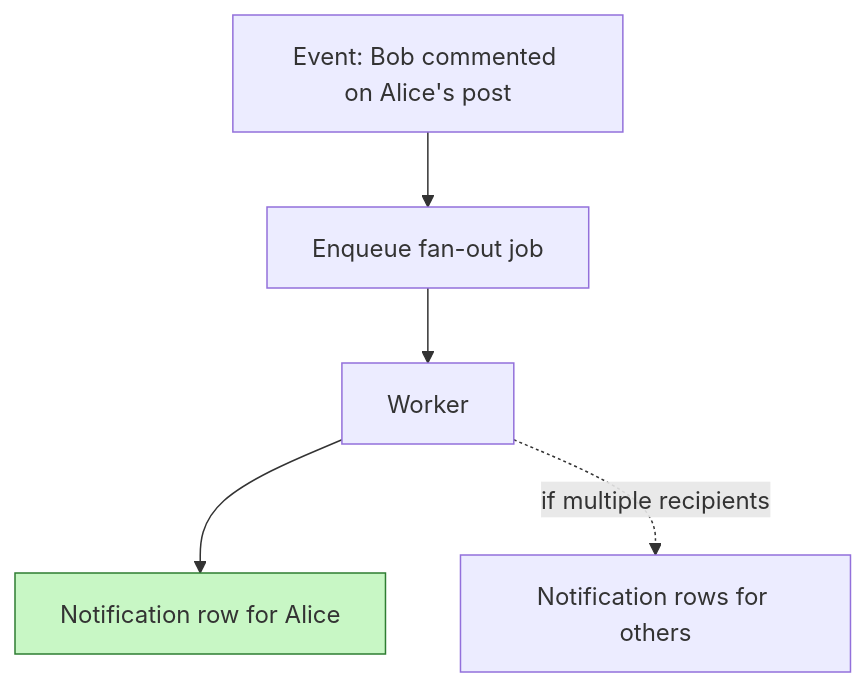
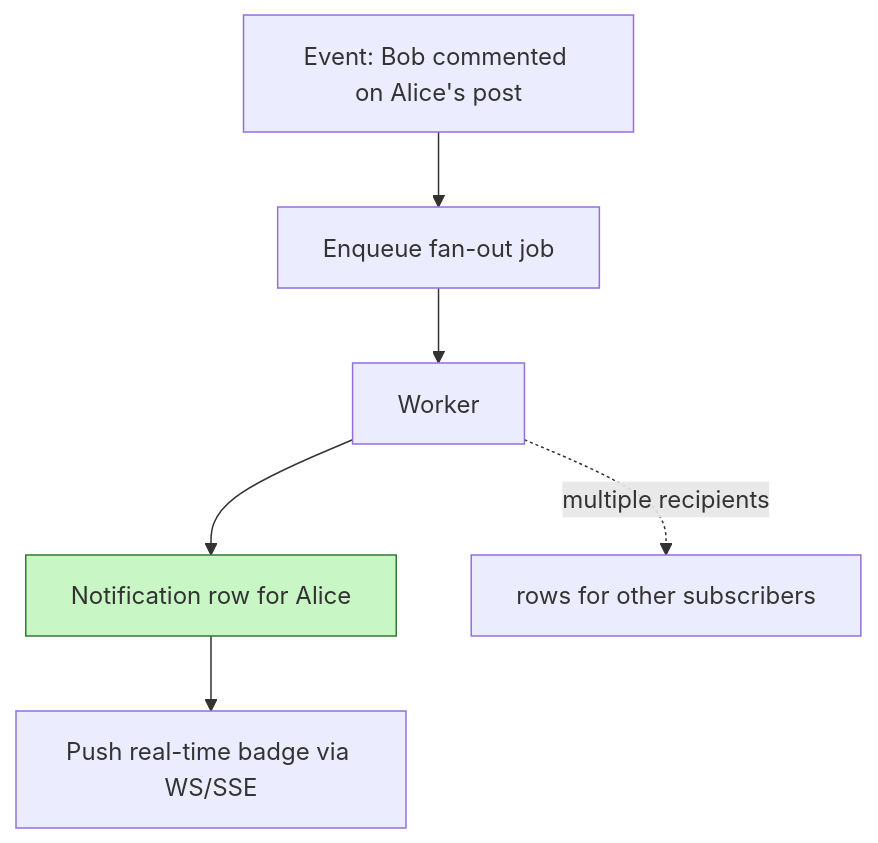
The first of 2 diagrams in 06-basic-level-system-design-problems/08-notification-feed.md (ravics09/system-design-pro), drawn with Mermaid before and after one commit. The commit also changed other lines of this file and 5 other files, not shown here.

````diff
--- a/06-basic-level-system-design-problems/08-notification-feed.md
+++ b/06-basic-level-system-design-problems/08-notification-feed.md
@@ -42,8 +65,9 @@
 ```mermaid
 flowchart TD
     E[Event: Bob commented on Alice's post] --> Q[Enqueue fan-out job]
     Q --> W[Worker]
     W --> N1[Notification row for Alice]
-    W -.->|if multiple recipients| N2[Notification rows for others]
+    W -.->|multiple recipients| N2[rows for other subscribers]
+    N1 --> RT[Push real-time badge via WS/SSE]
     style N1 fill:#c8f7c5,stroke:#2e7d32
 ```
````
